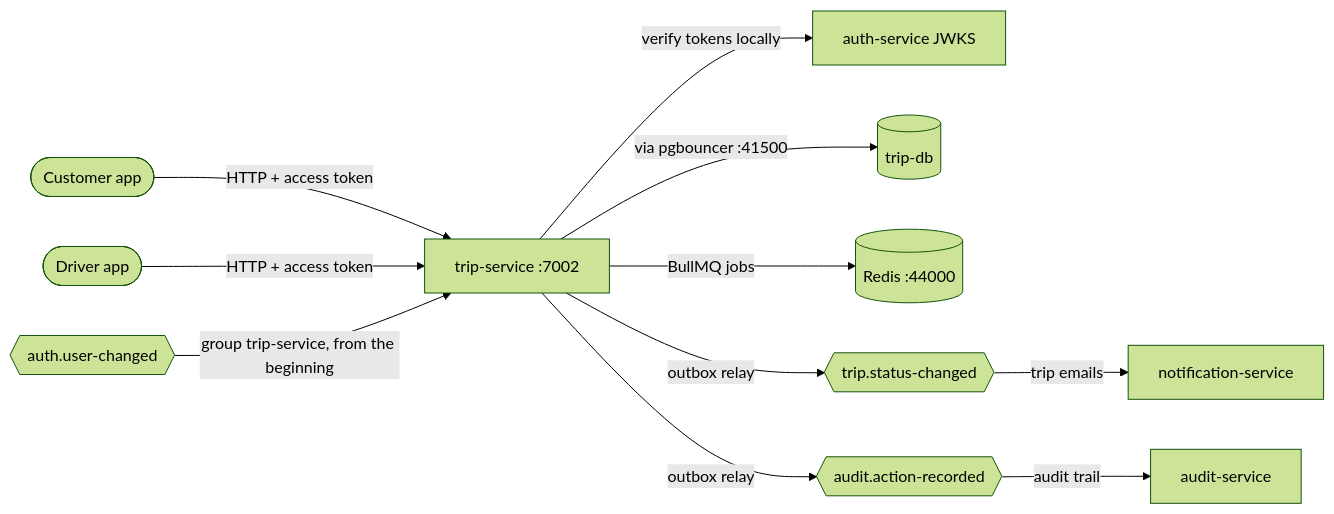
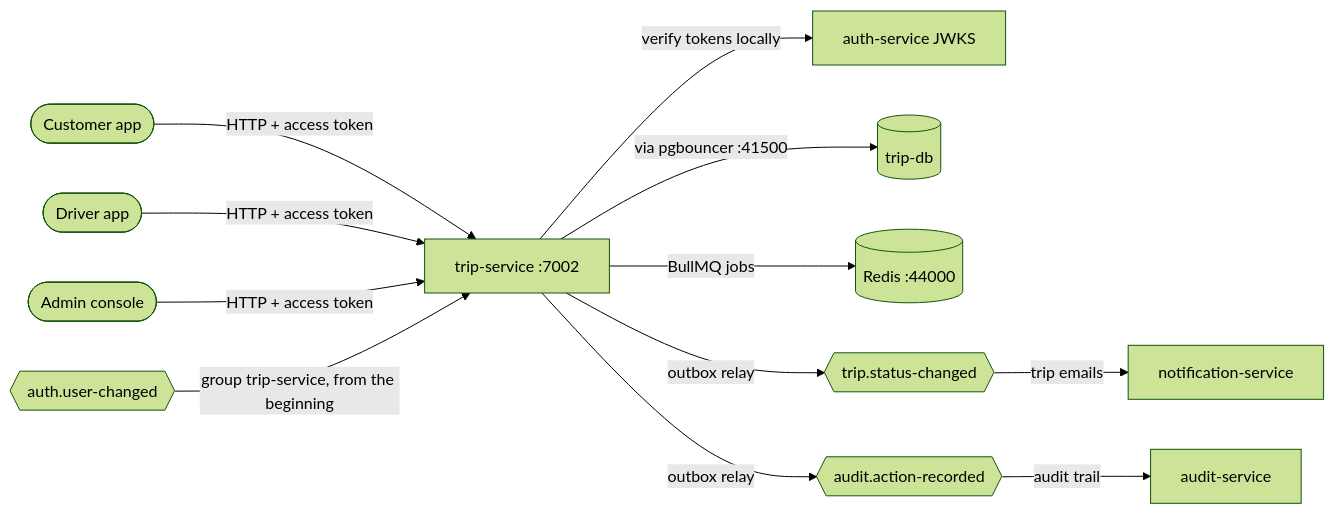
One commit to Mohammed-Taysser/masr3 changed the first of 10 diagrams in docs/services/trip-service.md. Above: the diagram before and after it, drawn with Mermaid (forest theme). The commit also changed other lines of this file and 30 other files, not shown here.

````diff
--- a/docs/services/trip-service.md
+++ b/docs/services/trip-service.md
@@ -14,13 +14,14 @@
 ```mermaid
 flowchart LR
   customer([Customer app]) -->|HTTP + access token| trip[trip-service :7002]
   driver([Driver app]) -->|HTTP + access token| trip
+  admin([Admin console]) -->|HTTP + access token| trip
   users{{auth.user-changed}} -->|group trip-service, from the beginning| trip
   trip -->|verify tokens locally| jwks[auth-service JWKS]
   trip -->|via pgbouncer :41500| db[(trip-db)]
   trip -->|BullMQ jobs| redis[(Redis :44000)]
   trip -->|outbox relay| topic{{trip.status-changed}}
   topic -->|trip emails| notification[notification-service]
   trip -->|outbox relay| audit{{audit.action-recorded}}
   audit -->|audit trail| auditService[audit-service]
 ```
````
